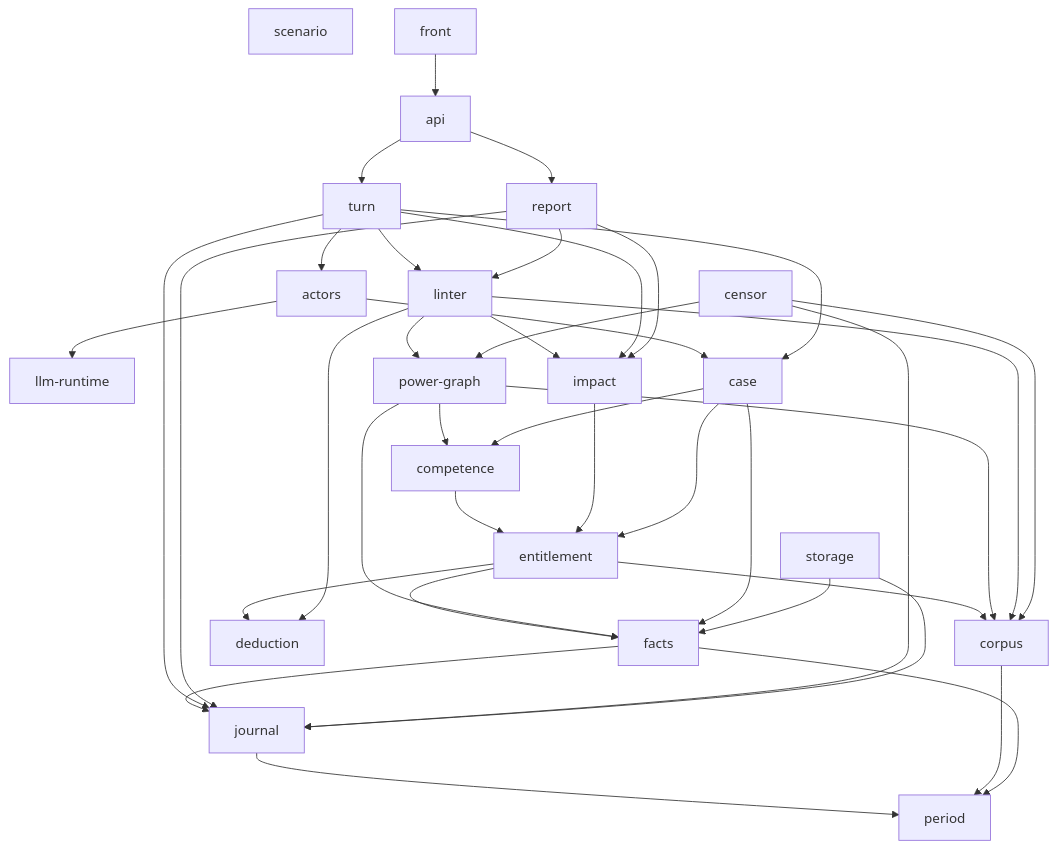
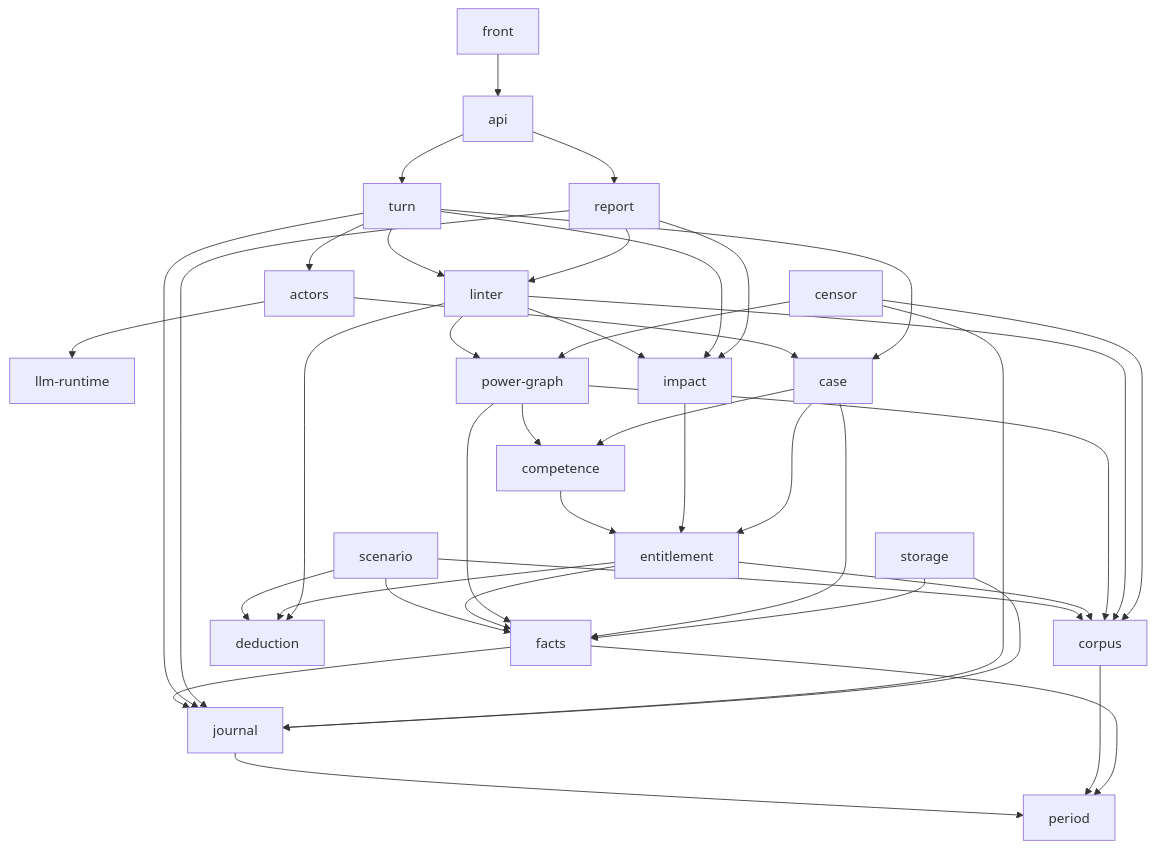
Before and after one commit to heaprip/intercessio: the fourth of 4 diagrams in docs/design/README.md, drawn with Mermaid. The commit also changed other lines of this file and 11 other files, not shown here.

````diff
--- a/docs/design/README.md
+++ b/docs/design/README.md
@@ -172,44 +172,46 @@
 ```mermaid
 flowchart TD
   %% components
-  scenario
   llm_runtime[llm-runtime]
   power_graph[power-graph]
   journal --> period
   corpus --> period
   facts --> period
   facts --> journal
+  scenario --> corpus
+  scenario --> facts
+  scenario --> deduction
   entitlement --> corpus
   entitlement --> facts
   entitlement --> deduction
   competence --> entitlement
   impact --> entitlement
   power_graph --> corpus
   power_graph --> facts
   power_graph --> competence
   linter --> corpus
   linter --> deduction
   linter --> impact
   linter --> power_graph
   case --> competence
   case --> facts
   case --> entitlement
   actors --> case
   actors --> llm_runtime
   turn --> case
   turn --> actors
   turn --> impact
   turn --> linter
   turn --> journal
   report --> journal
   report --> linter
   report --> impact
   api --> turn
   api --> report
   front --> api
   censor --> journal
   censor --> corpus
   censor --> power_graph
   storage --> facts
   storage --> journal
 ```
````
